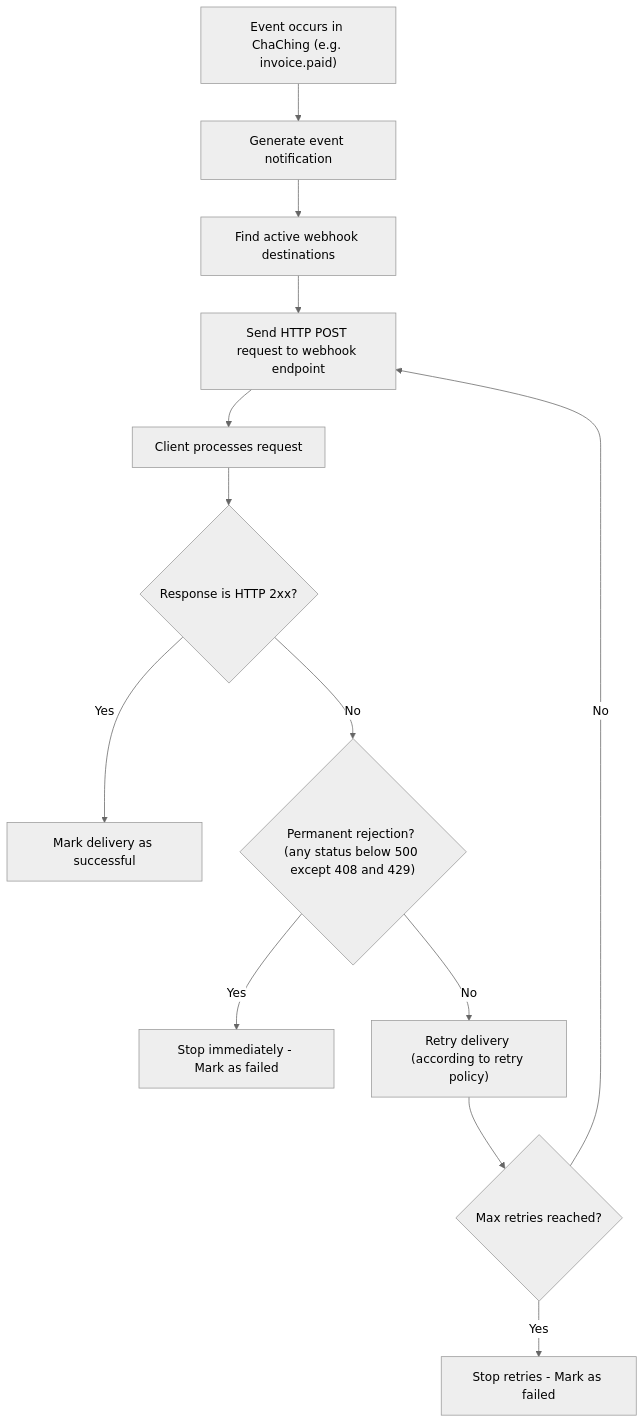
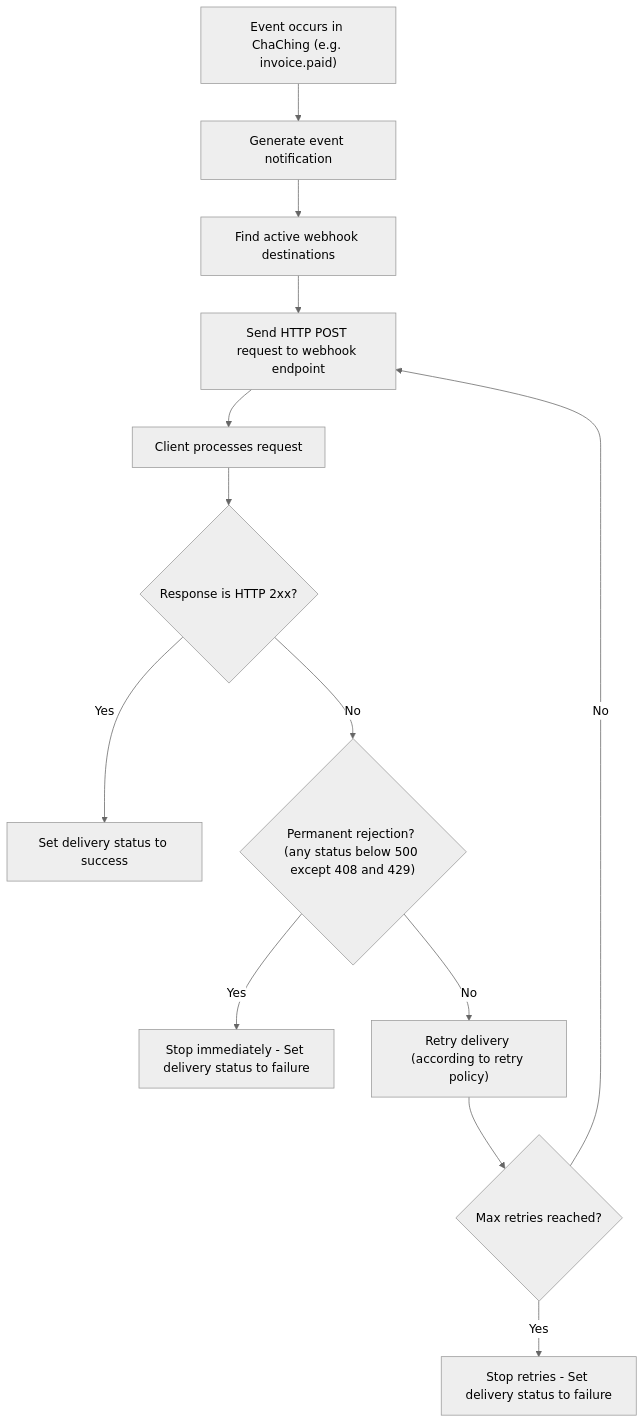
Before and after one commit to Chachingio/chaching-docs: the diagram in Developer Guide/webhook.md, drawn with Mermaid (neutral theme). The commit also changed other lines of this file and 1 other file, not shown here.

First line of the commit message:
docs(webhooks): align delivery status vocabulary with stored values

````diff
--- a/Developer Guide/webhook.md
+++ b/Developer Guide/webhook.md
@@ -11,18 +11,18 @@
 ```mermaid
 graph TD;
   A["Event occurs in ChaChing (e.g. invoice.paid)"] --> B["Generate event notification"];
   B --> C["Find active webhook destinations"];
   C --> D["Send HTTP POST request to webhook endpoint"];
   D --> E["Client processes request"];
   E --> F{"Response is HTTP 2xx?"};
 
-  F -- Yes --> G["Mark delivery as successful"];
+  F -- Yes --> G["Set delivery status to success"];
   F -- No --> K{"Permanent rejection? (any status below 500 except 408 and 429)"};
 
-  K -- Yes --> L["Stop immediately - Mark as failed"];
+  K -- Yes --> L["Stop immediately - Set delivery status to failure"];
   K -- No --> H["Retry delivery (according to retry policy)"];
   H --> I{"Max retries reached?"};
 
   I -- No --> D;
-  I -- Yes --> J["Stop retries - Mark as failed"];
+  I -- Yes --> J["Stop retries - Set delivery status to failure"];
 ```
````
